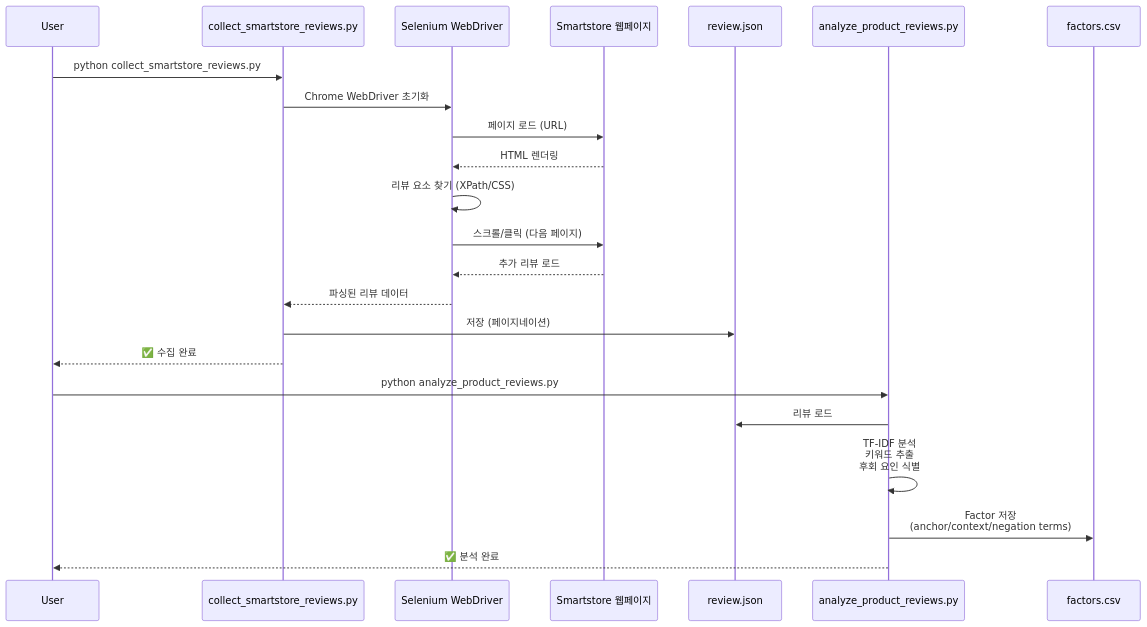
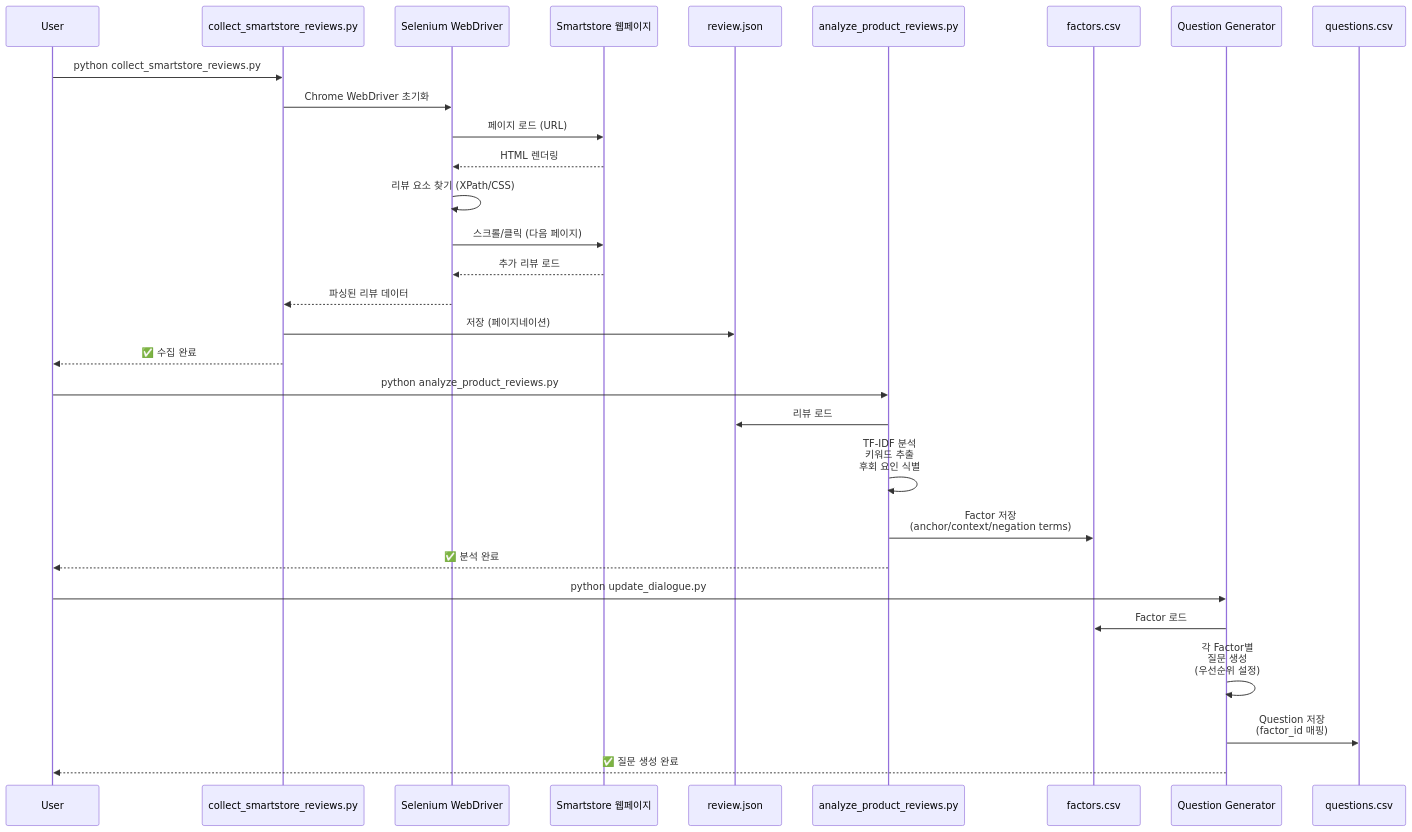
One commit to review-sensor-team/reviewlens changed the second of 15 diagrams in architecture.md. Above: the diagram before and after it, drawn with Mermaid. The commit also changed other lines of this file and 6 other files, not shown here.

````diff
--- a/architecture.md
+++ b/architecture.md
@@ -121,27 +121,35 @@
 ```mermaid
 sequenceDiagram
     participant User
     participant Script as collect_smartstore_reviews.py
     participant Browser as Selenium WebDriver
     participant Web as Smartstore 웹페이지
     participant File as review.json
     participant Analyzer as analyze_product_reviews.py
-    participant CSV as factors.csv
+    participant FactorCSV as factors.csv
+    participant QuestionGen as Question Generator
+    participant QuestionCSV as questions.csv
     
     User->>Script: python collect_smartstore_reviews.py
     Script->>Browser: Chrome WebDriver 초기화
     Browser->>Web: 페이지 로드 (URL)
     Web-->>Browser: HTML 렌더링
     Browser->>Browser: 리뷰 요소 찾기 (XPath/CSS)
     Browser->>Web: 스크롤/클릭 (다음 페이지)
     Web-->>Browser: 추가 리뷰 로드
     Browser-->>Script: 파싱된 리뷰 데이터
     Script->>File: 저장 (페이지네이션)
     Script-->>User: ✅ 수집 완료
     
     User->>Analyzer: python analyze_product_reviews.py
     Analyzer->>File: 리뷰 로드
     Analyzer->>Analyzer: TF-IDF 분석<br/>키워드 추출<br/>후회 요인 식별
-    Analyzer->>CSV: Factor 저장<br/>(anchor/context/negation terms)
+    Analyzer->>FactorCSV: Factor 저장<br/>(anchor/context/negation terms)
     Analyzer-->>User: ✅ 분석 완료
+    
+    User->>QuestionGen: python update_dialogue.py
+    QuestionGen->>FactorCSV: Factor 로드
+    QuestionGen->>QuestionGen: 각 Factor별<br/>질문 생성<br/>(우선순위 설정)
+    QuestionGen->>QuestionCSV: Question 저장<br/>(factor_id 매핑)
+    QuestionGen-->>User: ✅ 질문 생성 완료
 ```
````
